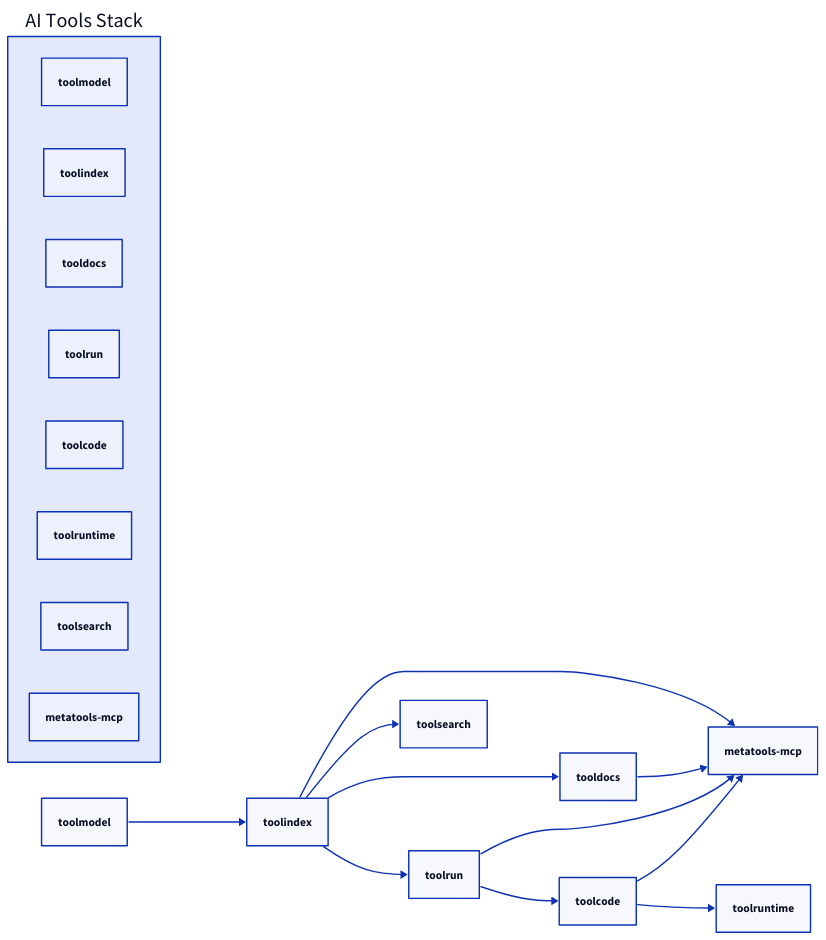
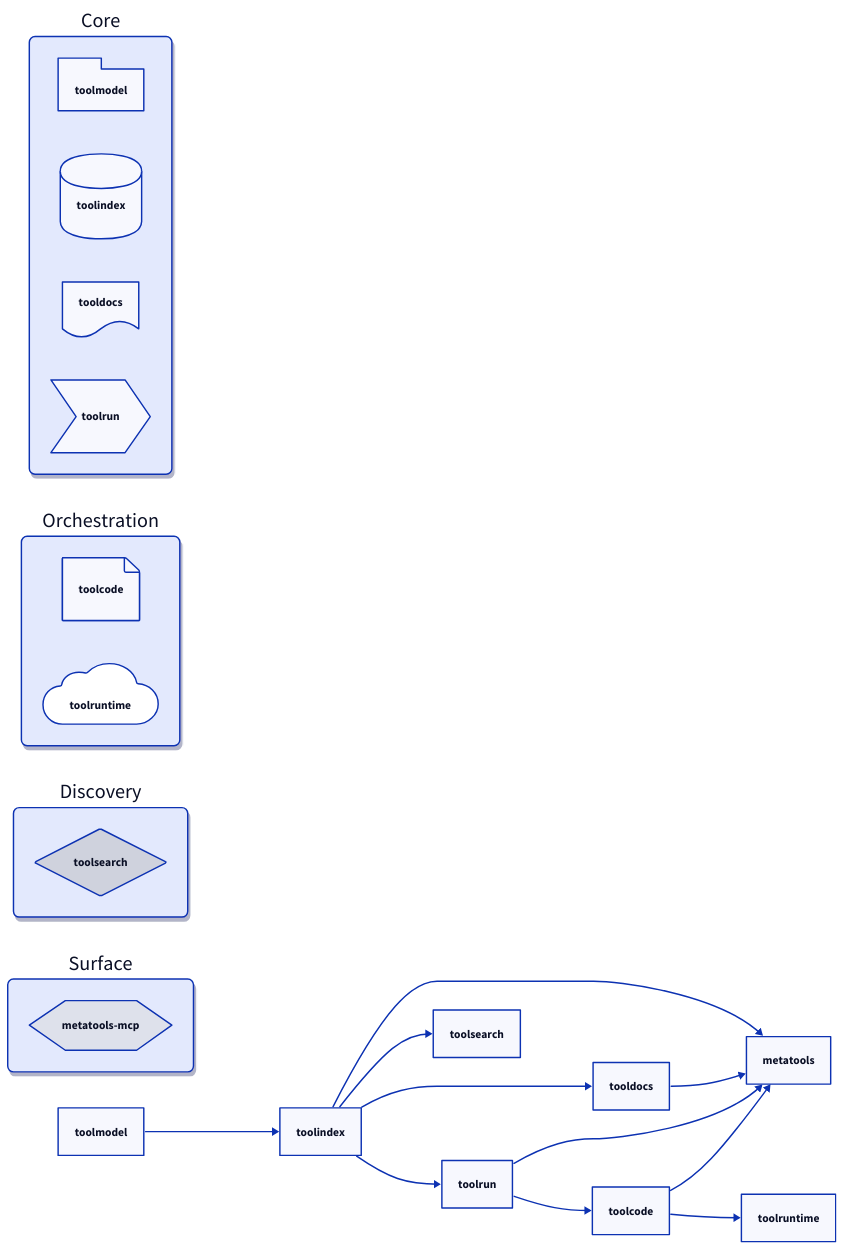
The diagram in docs/diagrams/stack-high-level-flow.d2 (jonwraymond/ai-tools-stack), drawn with D2 before and after one commit. The commit also changed 38 other files, not shown here.

Commit message:
docs: migrate diagrams to d2

```diff
--- a/docs/diagrams/stack-high-level-flow.d2
+++ b/docs/diagrams/stack-high-level-flow.d2
@@ -1,23 +1,54 @@
 direction: right
 
-stack: "AI Tools Stack" {
-  toolmodel
-  toolindex
-  tooldocs
-  toolrun
-  toolcode
-  toolruntime
-  toolsearch
-  metatools-mcp
+style: { font-size: 14 }
+
+core: {
+  label: "Core"
+  style: {
+  border-radius: 8
+  shadow: true
+}
+  toolmodel: { shape: package }
+  toolindex: { shape: cylinder }
+  tooldocs: { shape: document }
+  toolrun: { shape: step }
+}
+
+orchestration: {
+  label: "Orchestration"
+  style: {
+  border-radius: 8
+  shadow: true
+}
+  toolcode: { shape: page }
+  toolruntime: { shape: cloud }
+}
+
+discovery: {
+  label: "Discovery"
+  style: {
+  border-radius: 8
+  shadow: true
+}
+  toolsearch: { shape: diamond }
+}
+
+surface: {
+  label: "Surface"
+  style: {
+  border-radius: 8
+  shadow: true
+}
+  metatools: "metatools-mcp" { shape: hexagon }
 }
 
 toolmodel -> toolindex
  toolindex -> tooldocs
  toolindex -> toolrun
  toolrun -> toolcode
  toolcode -> toolruntime
  toolindex -> toolsearch
- toolindex -> metatools-mcp
- tooldocs -> metatools-mcp
- toolrun -> metatools-mcp
- toolcode -> metatools-mcp
+ toolindex -> metatools
+ tooldocs -> metatools
+ toolrun -> metatools
+ toolcode -> metatools
```
